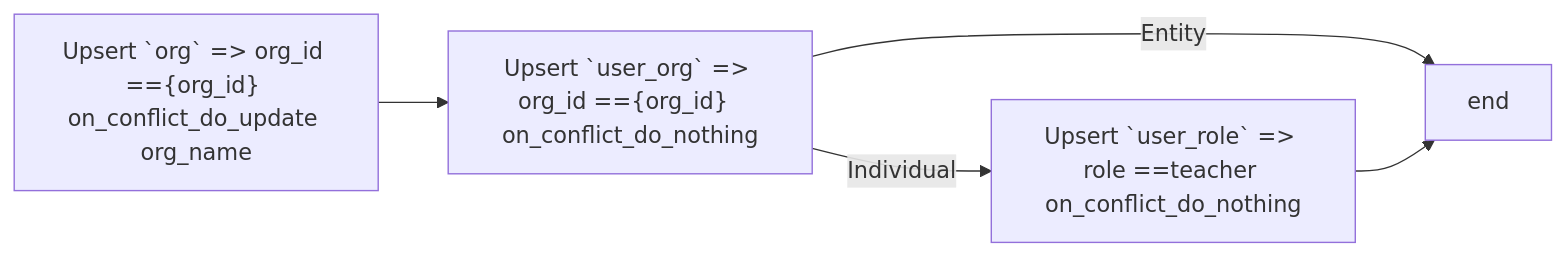
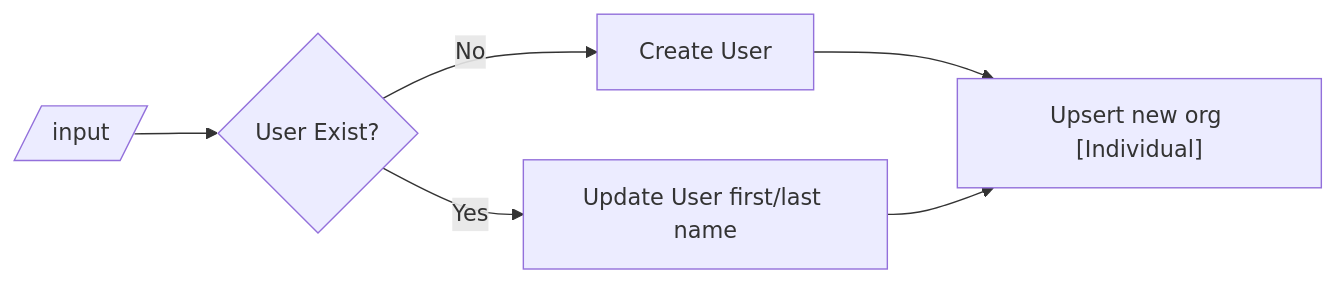
One commit to claire0613/ocelot_docs changed the seventh of 9 diagrams in vs_account.md. Above: the diagram before and after it, drawn with Mermaid. The commit also changed other lines of this file and 6 other files, not shown here.

````diff
--- a/vs_account.md
+++ b/vs_account.md
@@ -51,11 +75,9 @@
 ```mermaid
 
 graph LR
-    C["Upsert `org` => org_id =={org_id} on_conflict_do_update org_name"]
-    C --> D["Upsert `user_org` => org_id =={org_id}  on_conflict_do_nothing" ]
-    D --> |Individual|E[Upsert `user_role` => role ==teacher on_conflict_do_nothing]
-    D --> |Entity|G[end]
-    E --> G[end]
 
-
+    In[/input/] --> User{User Exist?}
+    User --> |Yes|User_T["Update User first/last name"]
+    User --> |No|User_F["Create User"] --> Org
+    User_T --> Org["Upsert new org [Individual]"]
 ```
````
